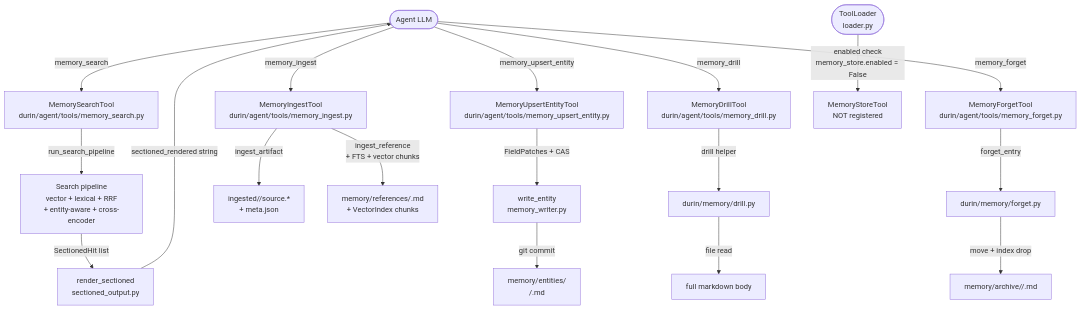
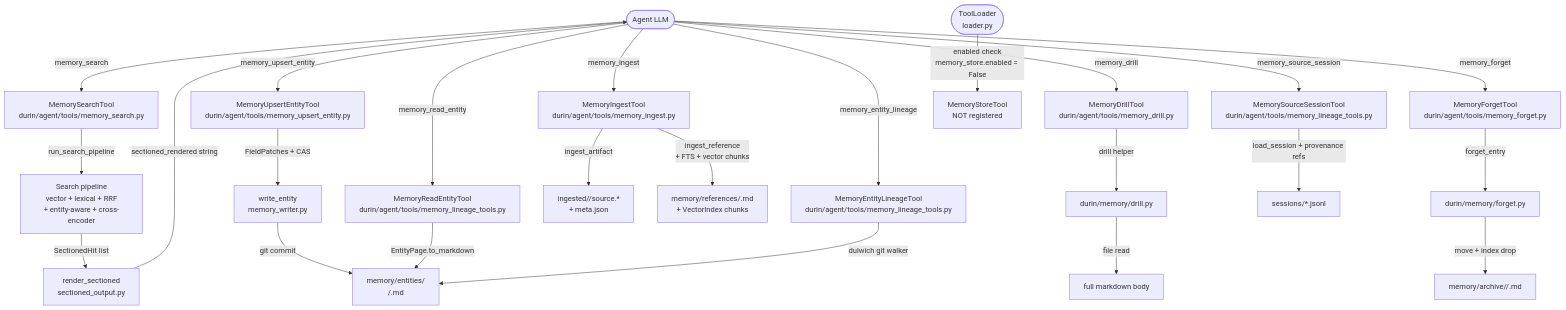
The diagram in docs/internals/memory/04_agent_tools.md (mmarmol/durin), drawn with Mermaid before and after one commit. The commit also changed other lines of this file and 16 other files, not shown here.

First line of the commit message:
Memory: tiered agentic merge judge (whole-page Tier 1 + sub-agent Tier 2) (#169)

````diff
--- a/docs/internals/memory/04_agent_tools.md
+++ b/docs/internals/memory/04_agent_tools.md
@@ -44,29 +50,36 @@
 ```mermaid
 flowchart TD
     LLM([Agent LLM])
 
     LLM -->|memory_search| MS[MemorySearchTool\ndurin/agent/tools/memory_search.py]
     LLM -->|memory_upsert_entity| MUE[MemoryUpsertEntityTool\ndurin/agent/tools/memory_upsert_entity.py]
     LLM -->|memory_ingest| MI[MemoryIngestTool\ndurin/agent/tools/memory_ingest.py]
     LLM -->|memory_drill| MD[MemoryDrillTool\ndurin/agent/tools/memory_drill.py]
     LLM -->|memory_forget| MF[MemoryForgetTool\ndurin/agent/tools/memory_forget.py]
+    LLM -->|memory_read_entity| MRE[MemoryReadEntityTool\ndurin/agent/tools/memory_lineage_tools.py]
+    LLM -->|memory_entity_lineage| MEL[MemoryEntityLineageTool\ndurin/agent/tools/memory_lineage_tools.py]
+    LLM -->|memory_source_session| MSS[MemorySourceSessionTool\ndurin/agent/tools/memory_lineage_tools.py]
 
     MS -->|run_search_pipeline| SP[Search pipeline\nvector + lexical + RRF\n+ entity-aware + cross-encoder]
     SP -->|SectionedHit list| SR[render_sectioned\nsectioned_output.py]
     SR -->|sectioned_rendered string| LLM
 
     MUE -->|FieldPatches + CAS| WE[write_entity\nmemory_writer.py]
     WE -->|git commit| ENT["memory/entities/\n<type>/<slug>.md"]
 
     MI -->|ingest_artifact| IA["ingested/<id>/source.*\n+ meta.json"]
     MI -->|ingest_reference\n+ FTS + vector chunks| REF["memory/references/<slug>.md\n+ VectorIndex chunks"]
 
     MD -->|drill helper| DR[durin/memory/drill.py]
     DR -->|file read| BODY[full markdown body]
 
     MF -->|forget_entry| FE[durin/memory/forget.py]
     FE -->|move + index drop| ARC["memory/archive/<class>/<id>.md"]
 
+    MRE -->|EntityPage.to_markdown| ENT
+    MEL -->|dulwich git walker| ENT
+    MSS -->|load_session + provenance refs| SESS["sessions/*.jsonl"]
+
     LOADER([ToolLoader\nloader.py])
     LOADER -->|enabled check\nmemory_store.enabled = False| SKIP[MemoryStoreTool\nNOT registered]
 ```
````
